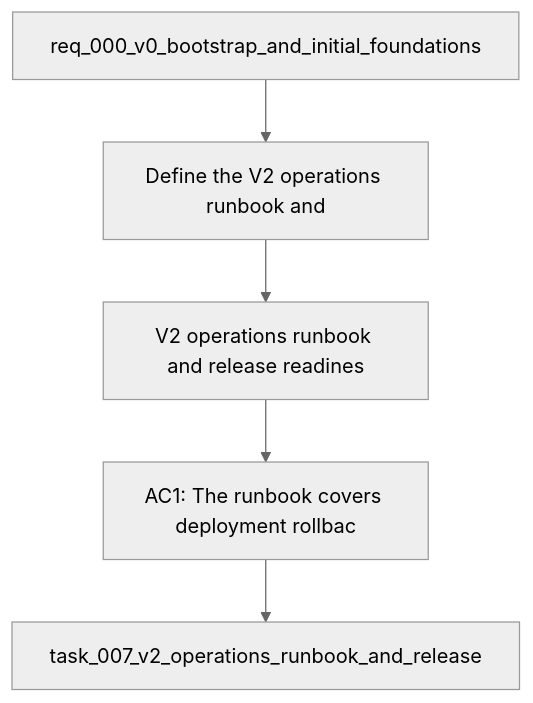
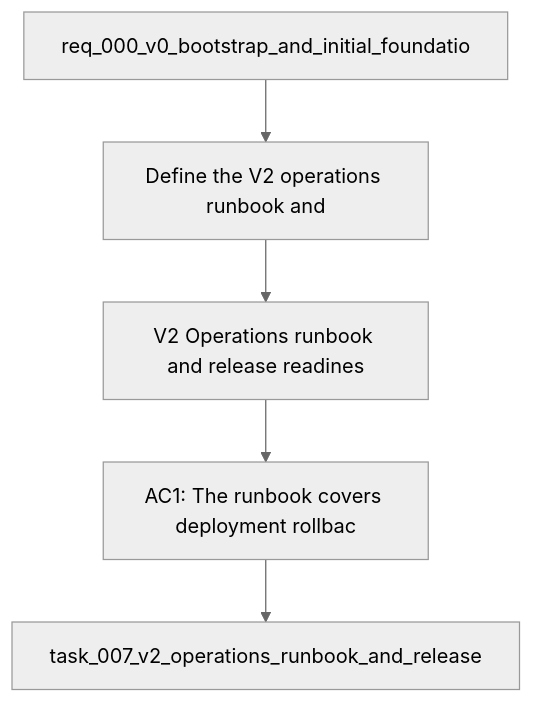
Before and after one commit to AlexAgo83/deepvault: the diagram in logics/backlog/item_013_v2_operations_runbook_and_release_readiness.md, drawn with Mermaid (neutral theme). The commit also changed 28 other files, not shown here.

````diff
--- a/logics/backlog/item_013_v2_operations_runbook_and_release_readiness.md
+++ b/logics/backlog/item_013_v2_operations_runbook_and_release_readiness.md
@@ -21,9 +21,9 @@
 ```mermaid
 %% logics-kind: backlog
 %% logics-signature: backlog|v2-operations-runbook-and-release-readin|req-000-v0-bootstrap-and-initial-foundat|define-the-v2-operations-runbook-and|ac1-the-runbook-covers-deployment-rollba
 flowchart TD
-    Request[req_000_v0_bootstrap_and_initial_foundations] --> Problem[Define the V2 operations runbook and]
-    Problem --> Scope[V2 operations runbook and release readines]
+    Request[req_000_v0_bootstrap_and_initial_foundatio] --> Problem[Define the V2 operations runbook and]
+    Problem --> Scope[V2 Operations runbook and release readines]
     Scope --> Acceptance[AC1: The runbook covers deployment rollbac]
     Acceptance --> Tasks[task_007_v2_operations_runbook_and_release]
 ```
````
